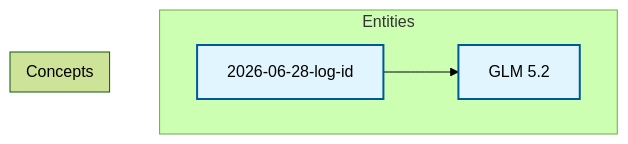
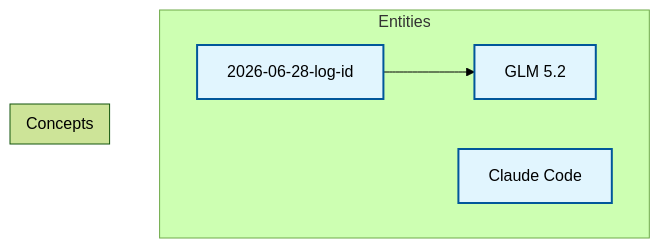
The diagram in wiki/knowledge-graph.md (dannytsao/PersonalKM), drawn with Mermaid (forest theme) before and after one commit. The commit also changed other lines of this file and 6 other files, not shown here.

````diff
--- a/wiki/knowledge-graph.md
+++ b/wiki/knowledge-graph.md
@@ -7,20 +7,23 @@
 ```mermaid
 %%{init: {'flowchart': {'useMaxWidth': false, 'htmlLabels': true, 'curve': 'basis', 'padding': 15}}}%%
 flowchart TD
     classDef entity fill:#e1f5fe,stroke:#01579b,stroke-width:2px,cursor:pointer;
     classDef concept fill:#fff3e0,stroke:#e65100,stroke-width:1px,cursor:pointer;
 
     subgraph Entities
         p_2026_06_28_log_id["2026-06-28-log-id"]
         click p_2026_06_28_log_id "entities/2026-06-28-log-id.md" "Open 2026-06-28-log-id"
         class p_2026_06_28_log_id entity
+        claude_code["Claude Code"]
+        click claude_code "entities/claude-code.md" "Open Claude Code"
+        class claude_code entity
         glm_5_2["GLM 5.2"]
         click glm_5_2 "entities/glm-5-2.md" "Open GLM 5.2"
         class glm_5_2 entity
     end
 
     subgraph Concepts
     end
 
     p_2026_06_28_log_id --> glm_5_2
 ```
````
